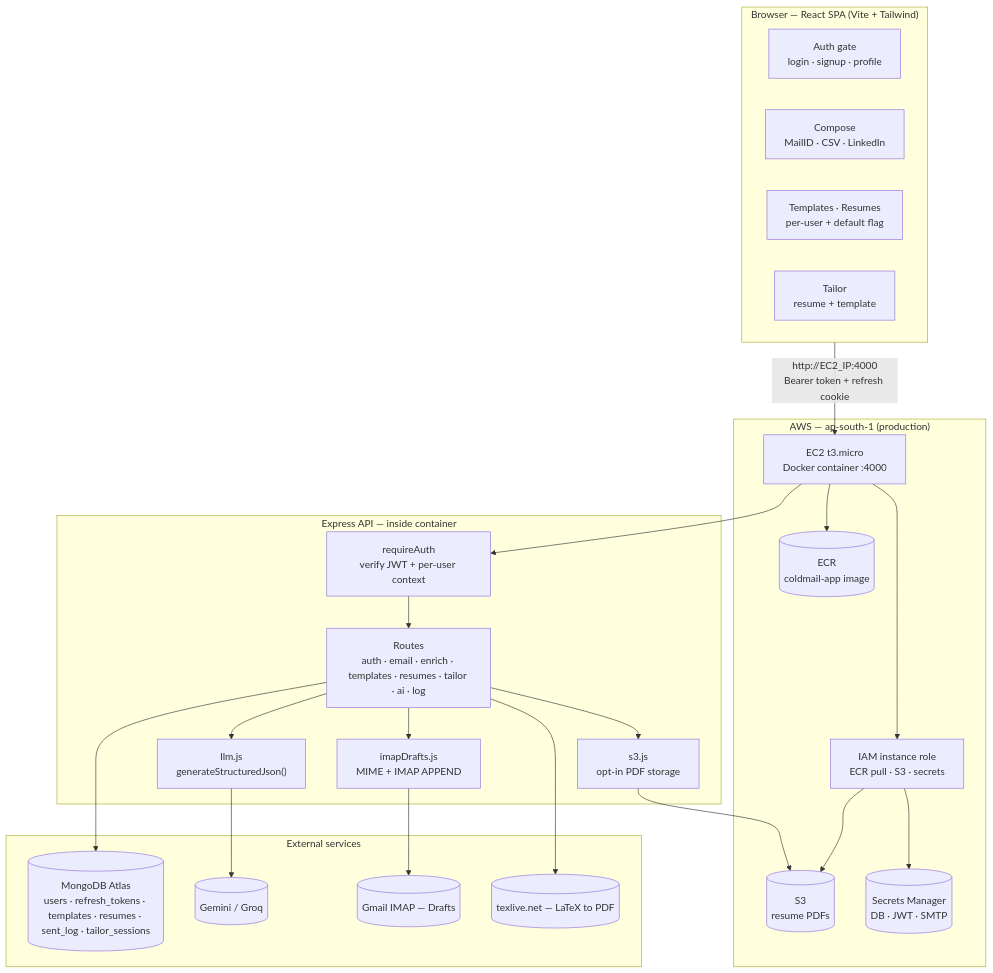
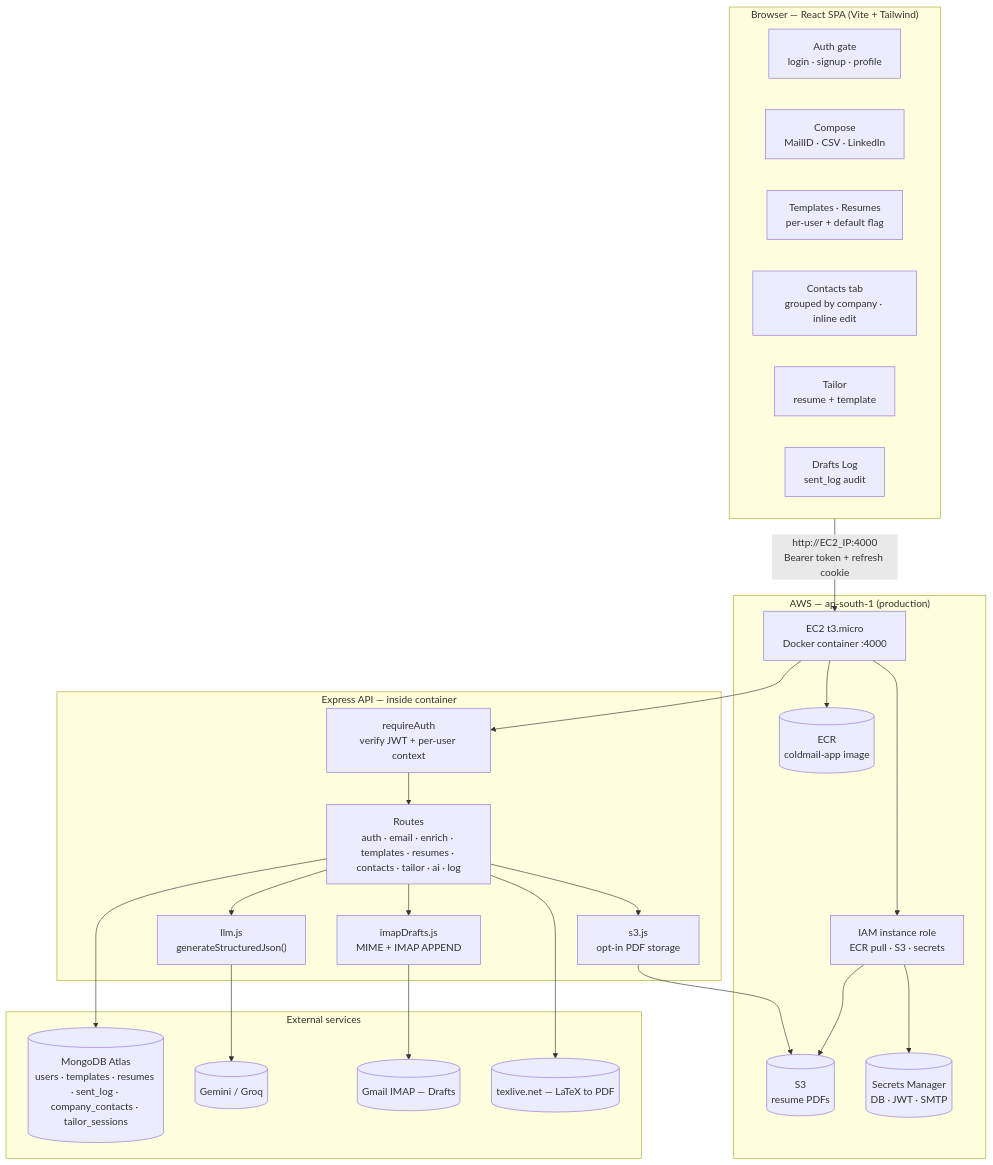
Before and after one commit to SK-ILLish-GIT/coldMail: the first of 7 diagrams in DETAILS.md, drawn with Mermaid. The commit also changed other lines of this file and 1 other file, not shown here.

First line of the commit message:
docs(details): enhance project documentation with company contacts and API routes

````diff
--- a/DETAILS.md
+++ b/DETAILS.md
@@ -29,45 +34,47 @@
 ```mermaid
 flowchart TB
   subgraph Client["Browser — React SPA (Vite + Tailwind)"]
     Gate["Auth gate<br/>login · signup · profile"]
     Compose["Compose<br/>MailID · CSV · LinkedIn"]
     Library["Templates · Resumes<br/>per-user + default flag"]
+    Contacts["Contacts tab<br/>grouped by company · inline edit"]
     Tailor["Tailor<br/>resume + template"]
+    Log["Drafts Log<br/>sent_log audit"]
   end
 
   subgraph AWS["AWS — ap-south-1 (production)"]
     EC2["EC2 t3.micro<br/>Docker container :4000"]
     ECR[("ECR<br/>coldmail-app image")]
     S3[("S3<br/>resume PDFs")]
     SM[("Secrets Manager<br/>DB · JWT · SMTP")]
     IAM["IAM instance role<br/>ECR pull · S3 · secrets"]
   end
 
   subgraph Server["Express API — inside container"]
     AuthMW["requireAuth<br/>verify JWT + per-user context"]
-    Routes["Routes<br/>auth · email · enrich · templates · resumes · tailor · ai · log"]
+    Routes["Routes<br/>auth · email · enrich · templates · resumes · contacts · tailor · ai · log"]
     LLM["llm.js<br/>generateStructuredJson()"]
     Draft["imapDrafts.js<br/>MIME + IMAP APPEND"]
     S3svc["s3.js<br/>opt-in PDF storage"]
   end
 
   subgraph External["External services"]
-    Mongo[("MongoDB Atlas<br/>users · refresh_tokens · templates · resumes · sent_log · tailor_sessions")]
+    Mongo[("MongoDB Atlas<br/>users · templates · resumes · sent_log · company_contacts · tailor_sessions")]
     AIP[("Gemini / Groq")]
     Gmail[("Gmail IMAP — Drafts")]
     TexLive[("texlive.net — LaTeX to PDF")]
   end
 
   Client -->|"http://EC2_IP:4000<br/>Bearer token + refresh cookie"| EC2
   EC2 --> ECR
   EC2 --> IAM
   IAM --> S3
   IAM --> SM
   EC2 --> AuthMW
   AuthMW --> Routes
   Routes --> LLM --> AIP
   Routes --> Mongo
   Routes --> S3svc --> S3
   Routes --> Draft --> Gmail
   Routes --> TexLive
 ```
````
